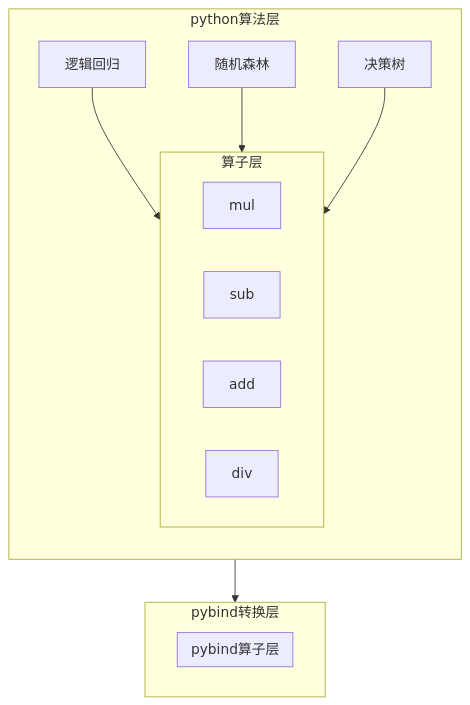
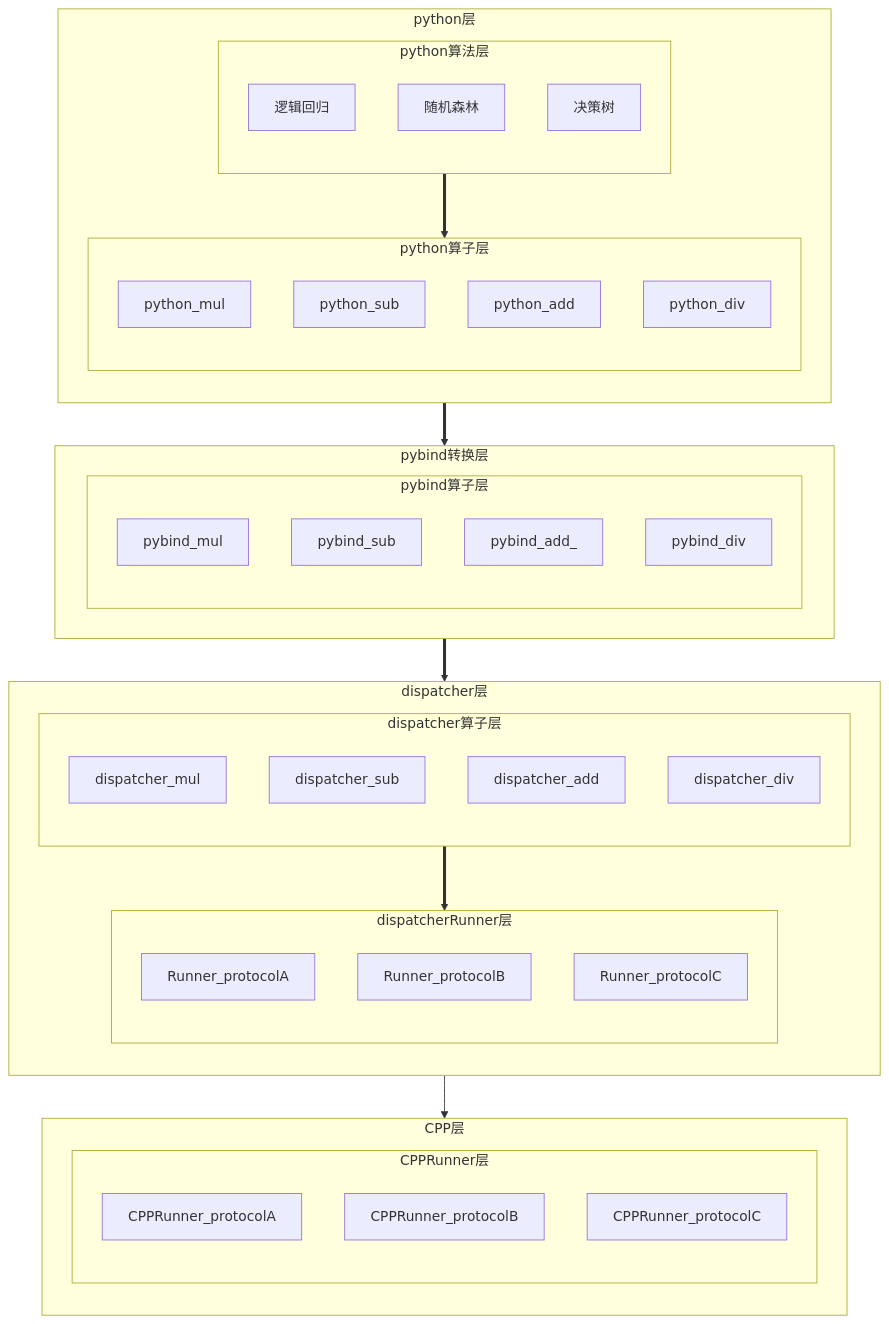
One commit to zizdlp/dispatcher changed the diagram in README.md. Above: the diagram before and after it, drawn with Mermaid. The commit also changed other lines of this file, not shown here.

````diff
--- a/README.md
+++ b/README.md
@@ -5,29 +5,63 @@
 ```mermaid
 flowchart TB
     direction TB
-    subgraph python算法层
+    subgraph python层
         direction TB
-        逻辑回归-->算子层
-        随机森林-->算子层
-        决策树-->算子层
-        subgraph 算子层
-            direction LR
-            mul
-            sub
-            add
-            div
+        subgraph python算法层
+            direction TB
+            逻辑回归
+            随机森林
+            决策树
+        end
+        python算法层==>python算子层
+        subgraph python算子层
+            direction TB
+            python_mul
+            python_sub
+            python_add
+            python_div
         end
     end
-    python算法层-->pybind转换层
+    python算子层==>pybind转换层
     subgraph pybind转换层
         subgraph pybind算子层
-            direction LR
-            mul
-            sub
-            add
-            div
+            direction TB
+            pybind_mul
+            pybind_sub
+            pybind_add_
+            pybind_div
+        end
+    end
+
+    pybind转换层==>dispatcher层
+    subgraph dispatcher层
+        direction TB
+        subgraph dispatcher算子层
+            direction TB
+            dispatcher_mul
+            dispatcher_sub
+            dispatcher_add
+            dispatcher_div
+        end
+        dispatcher算子层==>dispatcherRunner层
+        subgraph dispatcherRunner层
+            direction TB
+            Runner_protocolA
+            Runner_protocolB
+            Runner_protocolC
+        end
+    end
+    dispatcher层-->CPP层
+
+    subgraph CPP层
+        direction TB
+        subgraph CPPRunner层
+            direction TB
+            CPPRunner_protocolA
+            CPPRunner_protocolB
+            CPPRunner_protocolC
         end
     end
 
 
 ```
````
